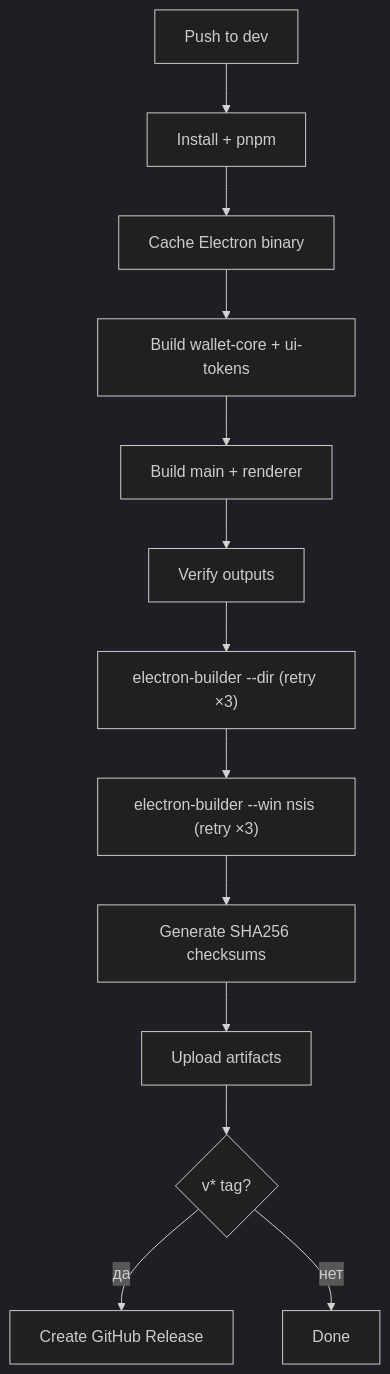
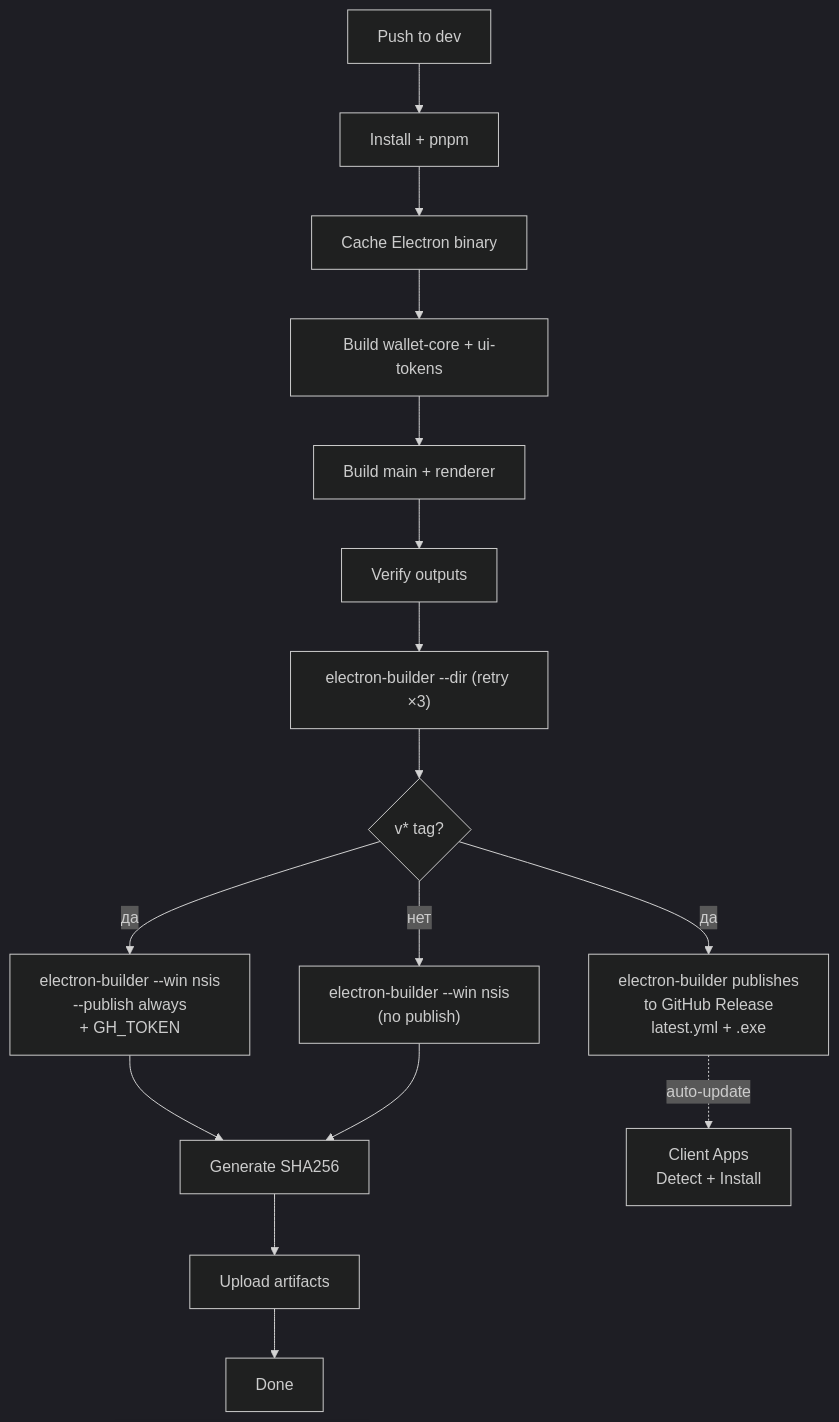
One commit to alexander-shmidt14/EVM-wallet changed the diagram in docs/devops/windows-build.md. Above: the diagram before and after it, drawn with Mermaid (dark theme). The commit also changed other lines of this file and 12 other files, not shown here.

Commit message:
feat: implement auto-update system using electron-updater with GitHub integration

````diff
--- a/docs/devops/windows-build.md
+++ b/docs/devops/windows-build.md
@@ -30,15 +30,18 @@
 ```mermaid
 flowchart TD
     A[Push to dev] --> B[Install + pnpm]
     B --> C[Cache Electron binary]
     C --> D[Build wallet-core + ui-tokens]
     D --> E[Build main + renderer]
     E --> F[Verify outputs]
     F --> G["electron-builder --dir (retry ×3)"]
-    G --> H["electron-builder --win nsis (retry ×3)"]
-    H --> I[Generate SHA256 checksums]
-    I --> J[Upload artifacts]
-    J --> K{v* tag?}
-    K -- да --> L[Create GitHub Release]
-    K -- нет --> M[Done]
+    G --> H{v* tag?}
+    H -- да --> I["electron-builder --win nsis<br/>--publish always<br/>+ GH_TOKEN"]
+    H -- нет --> J["electron-builder --win nsis<br/>(no publish)"]
+    I --> K[Generate SHA256]
+    J --> K
+    K --> L[Upload artifacts]
+    H -- да --> M[electron-builder publishes<br/>to GitHub Release<br/>latest.yml + .exe]
+    L --> N[Done]
+    M -.auto-update.-> O["Client Apps<br/>Detect + Install"]
 ```
````
